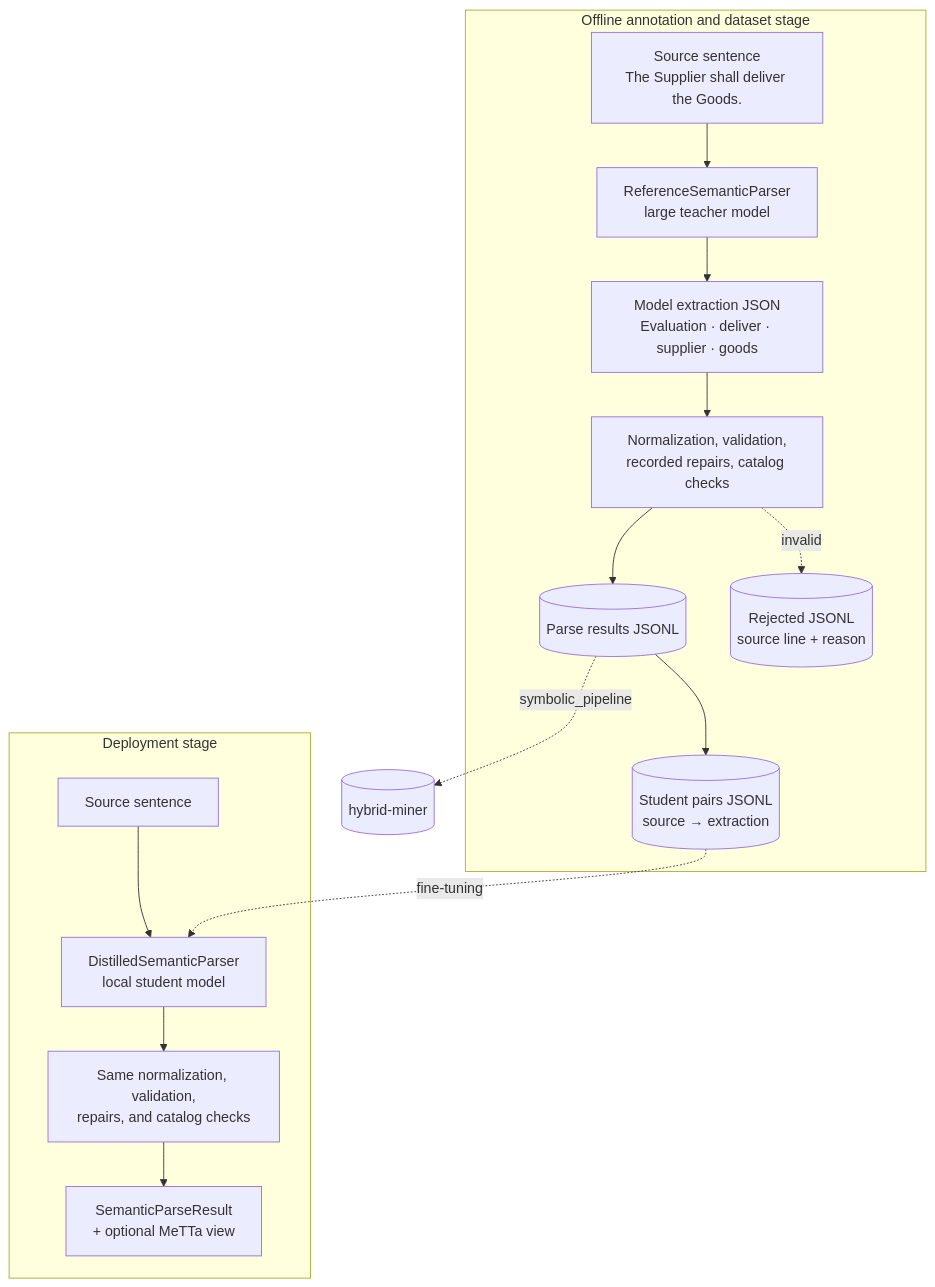
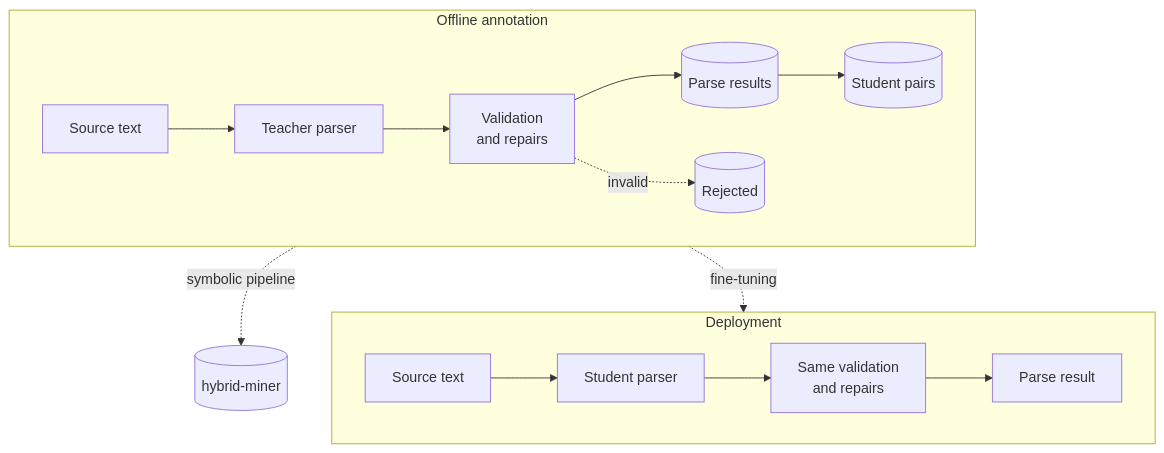
One commit to iCog-Labs-Dev/Neuro-Symbolic-LLM changed the first of 2 diagrams in parser/README.md. Above: the diagram before and after it, drawn with Mermaid. The commit also changed other lines of this file and 1 other file, not shown here.

Commit message:
Shorten the parser and pipeline READMEs

````diff
--- a/parser/README.md
+++ b/parser/README.md
@@ -35,27 +41,17 @@
 ```mermaid
 flowchart TD
-    subgraph offline["Offline annotation and dataset stage"]
-        source["Source sentence<br/>The Supplier shall deliver the Goods."]
-        teacher["ReferenceSemanticParser<br/>large teacher model"]
-        draft["Model extraction JSON<br/>Evaluation · deliver · supplier · goods"]
-        checked["Normalization, validation,<br/>recorded repairs, catalog checks"]
-        results[("Parse results JSONL")]
-        rejected[("Rejected JSONL<br/>source line + reason")]
-        pairs[("Student pairs JSONL<br/>source → extraction")]
-
-        source --> teacher --> draft --> checked --> results --> pairs
-        checked -. invalid .-> rejected
+    subgraph offline["Offline annotation"]
+        direction LR
+        source["Source text"] --> teacher["Teacher parser"] --> checked["Validation<br/>and repairs"]
+        checked --> results[("Parse results")] --> pairs[("Student pairs")]
+        checked -. invalid .-> rejected[("Rejected")]
     end
 
-    subgraph deployment["Deployment stage"]
-        input["Source sentence"]
-        student["DistilledSemanticParser<br/>local student model"]
-        shared["Same normalization, validation,<br/>repairs, and catalog checks"]
-        output["SemanticParseResult<br/>+ optional MeTTa view"]
-
-        input --> student --> shared --> output
+    subgraph deployment["Deployment"]
+        direction LR
+        input["Source text"] --> student["Student parser"] --> shared["Same validation<br/>and repairs"] --> output["Parse result"]
     end
 
     pairs -. "fine-tuning" .-> student
-    results -. "symbolic_pipeline" .-> miner[("hybrid-miner")]
+    results -. "symbolic pipeline" .-> miner[("hybrid-miner")]
 ```
````
